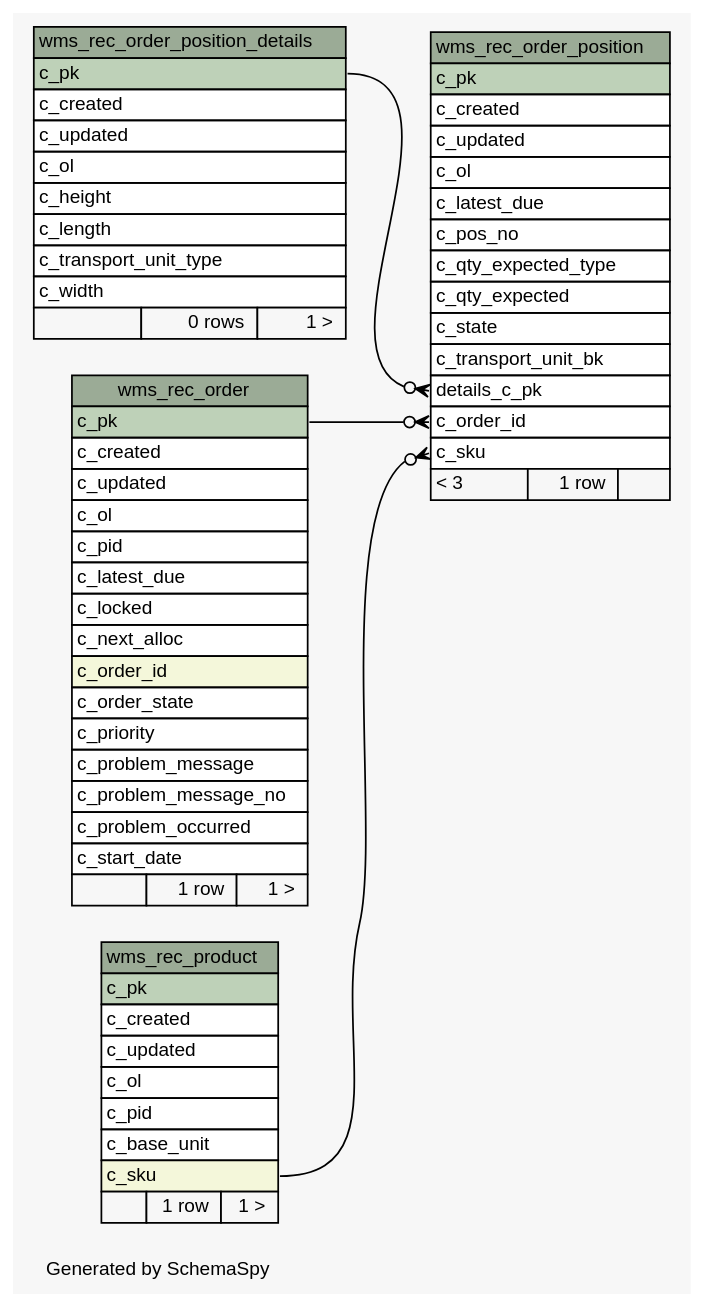
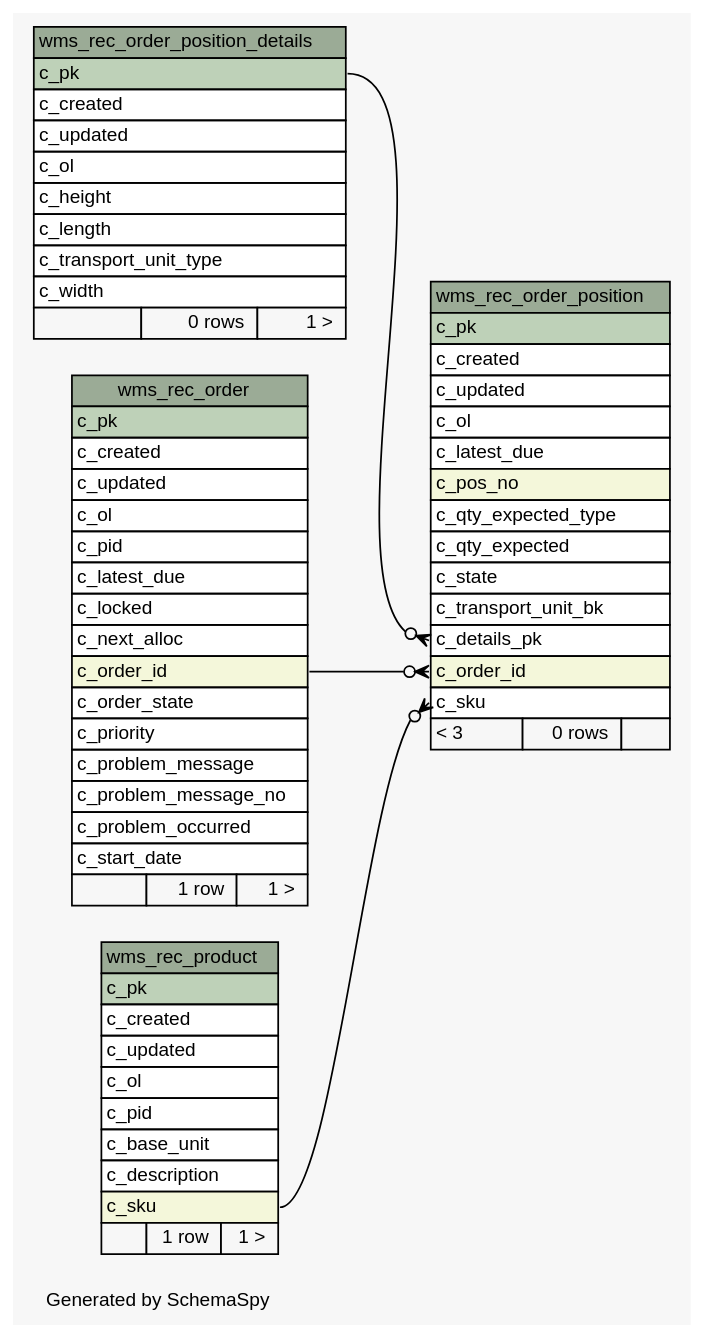
Before and after one commit to openwms/org.openwms.wms.receiving.lib: the diagram in schemaspy/diagrams/summary/relationships.real.large.dot, drawn with Graphviz. The commit also changed 200 other files, not shown here.

```diff
--- a/schemaspy/diagrams/summary/relationships.real.large.dot
+++ b/schemaspy/diagrams/summary/relationships.real.large.dot
@@ -1,104 +1,105 @@
 // dot 2.36.0 on Linux 4.4.0-101-generic
 // SchemaSpy rev Unknown
 digraph "largeRelationshipsDiagram" {
   graph [
     rankdir="RL"
     bgcolor="#f7f7f7"
     label="\nGenerated by SchemaSpy"
     labeljust="l"
     nodesep="0.18"
     ranksep="0.46"
     fontname="Helvetica"
     fontsize="11"
   ];
   node [
     fontname="Helvetica"
     fontsize="11"
     shape="plaintext"
   ];
   edge [
     arrowsize="0.8"
   ];
   "wms_rec_order" [
     label=<
     <TABLE BORDER="0" CELLBORDER="1" CELLSPACING="0" BGCOLOR="#ffffff">
       <TR><TD COLSPAN="3" BGCOLOR="#9bab96" ALIGN="CENTER">wms_rec_order</TD></TR>
       <TR><TD PORT="c_pk" COLSPAN="3" BGCOLOR="#bed1b8" ALIGN="LEFT">c_pk</TD></TR>
       <TR><TD PORT="c_created" COLSPAN="3" ALIGN="LEFT">c_created</TD></TR>
       <TR><TD PORT="c_updated" COLSPAN="3" ALIGN="LEFT">c_updated</TD></TR>
       <TR><TD PORT="c_ol" COLSPAN="3" ALIGN="LEFT">c_ol</TD></TR>
       <TR><TD PORT="c_pid" COLSPAN="3" ALIGN="LEFT">c_pid</TD></TR>
       <TR><TD PORT="c_latest_due" COLSPAN="3" ALIGN="LEFT">c_latest_due</TD></TR>
       <TR><TD PORT="c_locked" COLSPAN="3" ALIGN="LEFT">c_locked</TD></TR>
       <TR><TD PORT="c_next_alloc" COLSPAN="3" ALIGN="LEFT">c_next_alloc</TD></TR>
       <TR><TD PORT="c_order_id" COLSPAN="3" BGCOLOR="#f4f7da" ALIGN="LEFT">c_order_id</TD></TR>
       <TR><TD PORT="c_order_state" COLSPAN="3" ALIGN="LEFT">c_order_state</TD></TR>
       <TR><TD PORT="c_priority" COLSPAN="3" ALIGN="LEFT">c_priority</TD></TR>
       <TR><TD PORT="c_problem_message" COLSPAN="3" ALIGN="LEFT">c_problem_message</TD></TR>
       <TR><TD PORT="c_problem_message_no" COLSPAN="3" ALIGN="LEFT">c_problem_message_no</TD></TR>
       <TR><TD PORT="c_problem_occurred" COLSPAN="3" ALIGN="LEFT">c_problem_occurred</TD></TR>
       <TR><TD PORT="c_start_date" COLSPAN="3" ALIGN="LEFT">c_start_date</TD></TR>
       <TR><TD ALIGN="LEFT" BGCOLOR="#f7f7f7">  </TD><TD ALIGN="RIGHT" BGCOLOR="#f7f7f7">1 row</TD><TD ALIGN="RIGHT" BGCOLOR="#f7f7f7">1 &gt;</TD></TR>
     </TABLE>>
     URL="tables/wms_rec_order.html"
     tooltip="wms_rec_order"
   ];
   "wms_rec_order_position" [
     label=<
     <TABLE BORDER="0" CELLBORDER="1" CELLSPACING="0" BGCOLOR="#ffffff">
       <TR><TD COLSPAN="3" BGCOLOR="#9bab96" ALIGN="CENTER">wms_rec_order_position</TD></TR>
       <TR><TD PORT="c_pk" COLSPAN="3" BGCOLOR="#bed1b8" ALIGN="LEFT">c_pk</TD></TR>
       <TR><TD PORT="c_created" COLSPAN="3" ALIGN="LEFT">c_created</TD></TR>
       <TR><TD PORT="c_updated" COLSPAN="3" ALIGN="LEFT">c_updated</TD></TR>
       <TR><TD PORT="c_ol" COLSPAN="3" ALIGN="LEFT">c_ol</TD></TR>
       <TR><TD PORT="c_latest_due" COLSPAN="3" ALIGN="LEFT">c_latest_due</TD></TR>
-      <TR><TD PORT="c_pos_no" COLSPAN="3" ALIGN="LEFT">c_pos_no</TD></TR>
+      <TR><TD PORT="c_pos_no" COLSPAN="3" BGCOLOR="#f4f7da" ALIGN="LEFT">c_pos_no</TD></TR>
       <TR><TD PORT="c_qty_expected_type" COLSPAN="3" ALIGN="LEFT">c_qty_expected_type</TD></TR>
       <TR><TD PORT="c_qty_expected" COLSPAN="3" ALIGN="LEFT">c_qty_expected</TD></TR>
       <TR><TD PORT="c_state" COLSPAN="3" ALIGN="LEFT">c_state</TD></TR>
       <TR><TD PORT="c_transport_unit_bk" COLSPAN="3" ALIGN="LEFT">c_transport_unit_bk</TD></TR>
-      <TR><TD PORT="details_c_pk" COLSPAN="3" ALIGN="LEFT">details_c_pk</TD></TR>
-      <TR><TD PORT="c_order_id" COLSPAN="3" ALIGN="LEFT">c_order_id</TD></TR>
+      <TR><TD PORT="c_details_pk" COLSPAN="3" ALIGN="LEFT">c_details_pk</TD></TR>
+      <TR><TD PORT="c_order_id" COLSPAN="3" BGCOLOR="#f4f7da" ALIGN="LEFT">c_order_id</TD></TR>
       <TR><TD PORT="c_sku" COLSPAN="3" ALIGN="LEFT">c_sku</TD></TR>
-      <TR><TD ALIGN="LEFT" BGCOLOR="#f7f7f7">&lt; 3</TD><TD ALIGN="RIGHT" BGCOLOR="#f7f7f7">1 row</TD><TD ALIGN="RIGHT" BGCOLOR="#f7f7f7">  </TD></TR>
+      <TR><TD ALIGN="LEFT" BGCOLOR="#f7f7f7">&lt; 3</TD><TD ALIGN="RIGHT" BGCOLOR="#f7f7f7">0 rows</TD><TD ALIGN="RIGHT" BGCOLOR="#f7f7f7">  </TD></TR>
     </TABLE>>
     URL="tables/wms_rec_order_position.html"
     tooltip="wms_rec_order_position"
   ];
   "wms_rec_order_position_details" [
     label=<
     <TABLE BORDER="0" CELLBORDER="1" CELLSPACING="0" BGCOLOR="#ffffff">
       <TR><TD COLSPAN="3" BGCOLOR="#9bab96" ALIGN="CENTER">wms_rec_order_position_details</TD></TR>
       <TR><TD PORT="c_pk" COLSPAN="3" BGCOLOR="#bed1b8" ALIGN="LEFT">c_pk</TD></TR>
       <TR><TD PORT="c_created" COLSPAN="3" ALIGN="LEFT">c_created</TD></TR>
       <TR><TD PORT="c_updated" COLSPAN="3" ALIGN="LEFT">c_updated</TD></TR>
       <TR><TD PORT="c_ol" COLSPAN="3" ALIGN="LEFT">c_ol</TD></TR>
       <TR><TD PORT="c_height" COLSPAN="3" ALIGN="LEFT">c_height</TD></TR>
       <TR><TD PORT="c_length" COLSPAN="3" ALIGN="LEFT">c_length</TD></TR>
       <TR><TD PORT="c_transport_unit_type" COLSPAN="3" ALIGN="LEFT">c_transport_unit_type</TD></TR>
       <TR><TD PORT="c_width" COLSPAN="3" ALIGN="LEFT">c_width</TD></TR>
       <TR><TD ALIGN="LEFT" BGCOLOR="#f7f7f7">  </TD><TD ALIGN="RIGHT" BGCOLOR="#f7f7f7">0 rows</TD><TD ALIGN="RIGHT" BGCOLOR="#f7f7f7">1 &gt;</TD></TR>
     </TABLE>>
     URL="tables/wms_rec_order_position_details.html"
     tooltip="wms_rec_order_position_details"
   ];
   "wms_rec_product" [
     label=<
     <TABLE BORDER="0" CELLBORDER="1" CELLSPACING="0" BGCOLOR="#ffffff">
       <TR><TD COLSPAN="3" BGCOLOR="#9bab96" ALIGN="CENTER">wms_rec_product</TD></TR>
       <TR><TD PORT="c_pk" COLSPAN="3" BGCOLOR="#bed1b8" ALIGN="LEFT">c_pk</TD></TR>
       <TR><TD PORT="c_created" COLSPAN="3" ALIGN="LEFT">c_created</TD></TR>
       <TR><TD PORT="c_updated" COLSPAN="3" ALIGN="LEFT">c_updated</TD></TR>
       <TR><TD PORT="c_ol" COLSPAN="3" ALIGN="LEFT">c_ol</TD></TR>
       <TR><TD PORT="c_pid" COLSPAN="3" ALIGN="LEFT">c_pid</TD></TR>
       <TR><TD PORT="c_base_unit" COLSPAN="3" ALIGN="LEFT">c_base_unit</TD></TR>
+      <TR><TD PORT="c_description" COLSPAN="3" ALIGN="LEFT">c_description</TD></TR>
       <TR><TD PORT="c_sku" COLSPAN="3" BGCOLOR="#f4f7da" ALIGN="LEFT">c_sku</TD></TR>
       <TR><TD ALIGN="LEFT" BGCOLOR="#f7f7f7">  </TD><TD ALIGN="RIGHT" BGCOLOR="#f7f7f7">1 row</TD><TD ALIGN="RIGHT" BGCOLOR="#f7f7f7">1 &gt;</TD></TR>
     </TABLE>>
     URL="tables/wms_rec_product.html"
     tooltip="wms_rec_product"
   ];
-  "wms_rec_order_position":"c_order_id":w -> "wms_rec_order":"c_pk":e [arrowhead=none dir=back arrowtail=crowodot];
+  "wms_rec_order_position":"c_details_pk":w -> "wms_rec_order_position_details":"c_pk":e [arrowhead=none dir=back arrowtail=crowodot];
+  "wms_rec_order_position":"c_order_id":w -> "wms_rec_order":"c_order_id":e [arrowhead=none dir=back arrowtail=crowodot];
   "wms_rec_order_position":"c_sku":w -> "wms_rec_product":"c_sku":e [arrowhead=none dir=back arrowtail=crowodot];
-  "wms_rec_order_position":"details_c_pk":w -> "wms_rec_order_position_details":"c_pk":e [arrowhead=none dir=back arrowtail=crowodot];
 }
```
